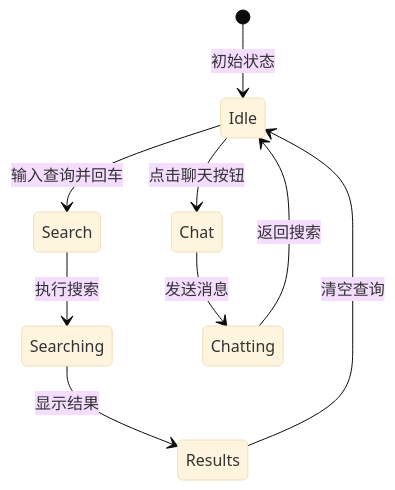
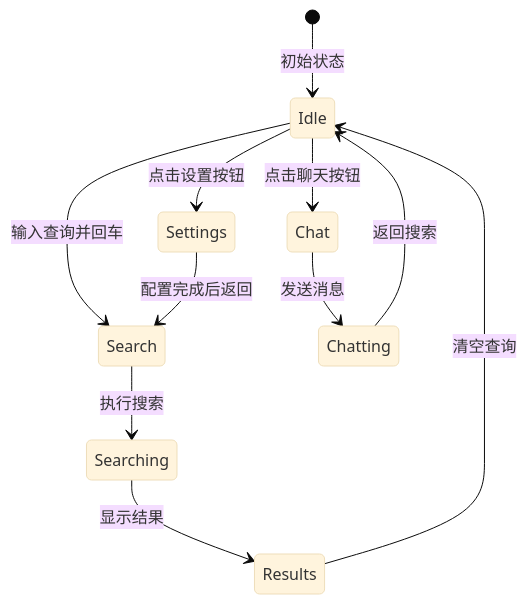
Before and after one commit to hrygo/echomind: the fifth of 8 diagrams in .qoder/repowiki/zh/content/核心功能/语义搜索/语义搜索.md, drawn with Mermaid (base theme). The commit also changed other lines of this file and 2 other files, not shown here.

````diff
--- a/.qoder/repowiki/zh/content/核心功能/语义搜索/语义搜索.md
+++ b/.qoder/repowiki/zh/content/核心功能/语义搜索/语义搜索.md
@@ -223,11 +318,13 @@
 ```mermaid
 stateDiagram-v2
 [*] --> Idle : 初始状态
 Idle --> Search : 输入查询并回车
 Idle --> Chat : 点击聊天按钮
+Idle --> Settings : 点击设置按钮
+Settings --> Search : 配置完成后返回
 Search --> Searching : 执行搜索
 Chat --> Chatting : 发送消息
 Searching --> Results : 显示结果
 Results --> Idle : 清空查询
 Chatting --> Idle : 返回搜索
 ```
````
